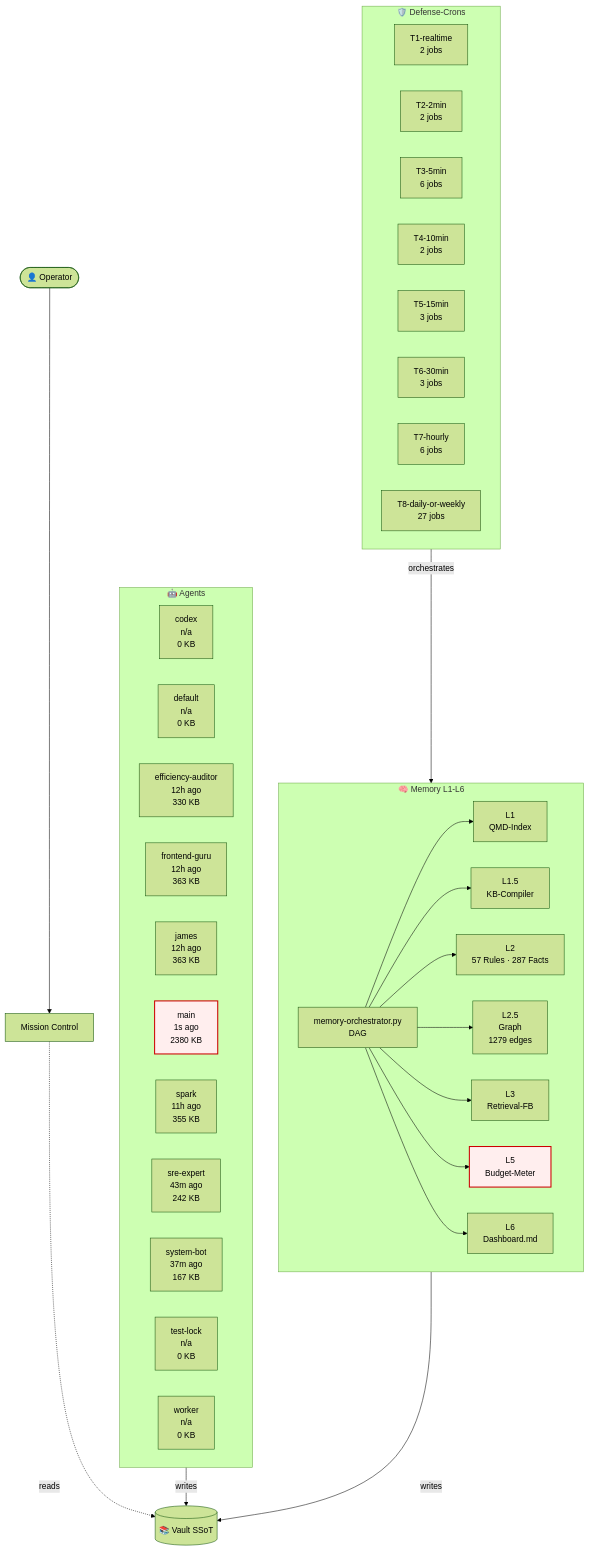
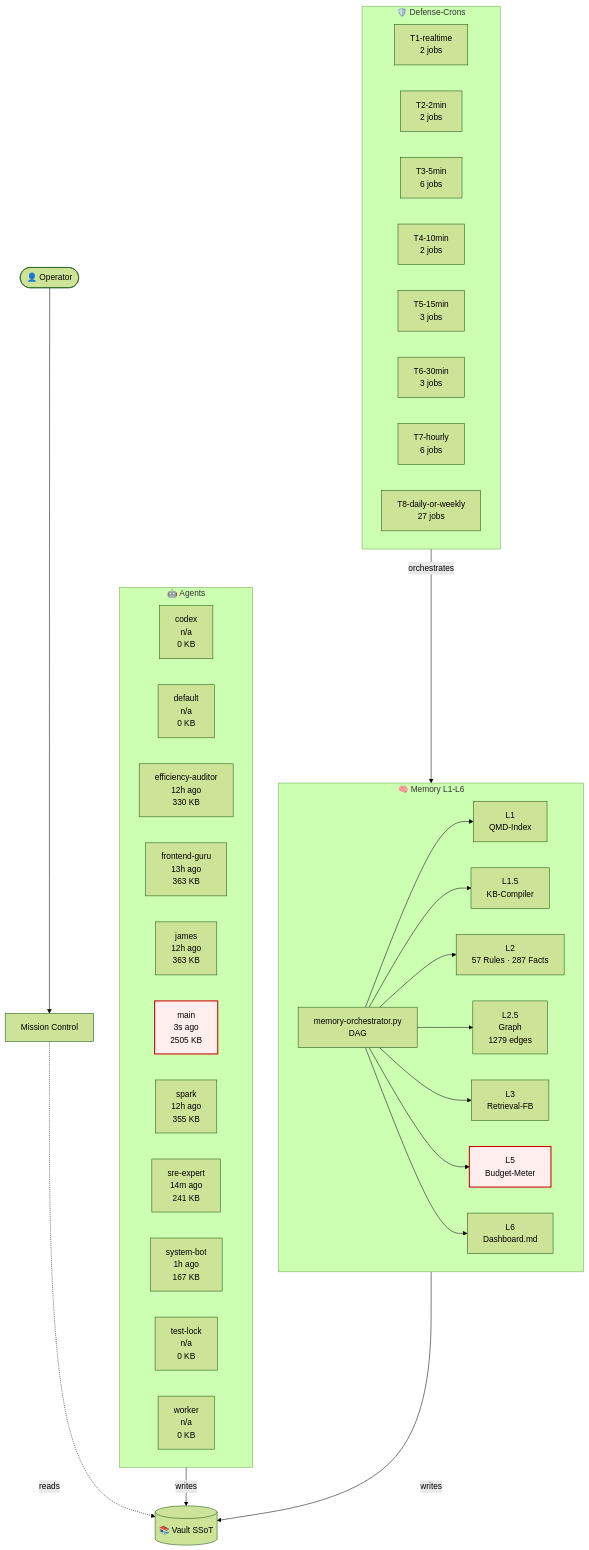
Before and after one commit to lenardhuebner88-rgb/openclaw-memory: the diagram in 03-Agents/architecture-live.md, drawn with Mermaid (forest theme). The commit also changed other lines of this file and 16 other files, not shown here.

````diff
--- a/03-Agents/architecture-live.md
+++ b/03-Agents/architecture-live.md
@@ -18,54 +18,54 @@
 ```mermaid
 flowchart TB
     classDef critical fill:#fee,stroke:#c00,stroke-width:2px;
     subgraph AGT["🤖 Agents"]
         agent_codex["codex<br/>n/a<br/>0 KB"]
         agent_default["default<br/>n/a<br/>0 KB"]
         agent_efficiency_auditor["efficiency-auditor<br/>12h ago<br/>330 KB"]
-        agent_frontend_guru["frontend-guru<br/>12h ago<br/>363 KB"]
+        agent_frontend_guru["frontend-guru<br/>13h ago<br/>363 KB"]
         agent_james["james<br/>12h ago<br/>363 KB"]
-        agent_main["main<br/>1s ago<br/>2380 KB"]
-        agent_spark["spark<br/>11h ago<br/>355 KB"]
-        agent_sre_expert["sre-expert<br/>43m ago<br/>242 KB"]
-        agent_system_bot["system-bot<br/>37m ago<br/>167 KB"]
+        agent_main["main<br/>3s ago<br/>2505 KB"]
+        agent_spark["spark<br/>12h ago<br/>355 KB"]
+        agent_sre_expert["sre-expert<br/>14m ago<br/>241 KB"]
+        agent_system_bot["system-bot<br/>1h ago<br/>167 KB"]
         agent_test_lock["test-lock<br/>n/a<br/>0 KB"]
         agent_worker["worker<br/>n/a<br/>0 KB"]
     end
     subgraph MEM["🧠 Memory L1-L6"]
         L1["L1<br/>QMD-Index"]
         L15["L1.5<br/>KB-Compiler"]
         L2["L2<br/>57 Rules · 287 Facts"]
         L25["L2.5<br/>Graph<br/>1279 edges"]
         L3["L3<br/>Retrieval-FB"]
         L5["L5<br/>Budget-Meter"]
         L6["L6<br/>Dashboard.md"]
         ORCH["memory-orchestrator.py<br/>DAG"]
     end
     subgraph CRN["🛡️ Defense-Crons"]
         tier_T1_realtime["T1-realtime<br/>2 jobs"]
         tier_T2_2min["T2-2min<br/>2 jobs"]
         tier_T3_5min["T3-5min<br/>6 jobs"]
         tier_T4_10min["T4-10min<br/>2 jobs"]
         tier_T5_15min["T5-15min<br/>3 jobs"]
         tier_T6_30min["T6-30min<br/>3 jobs"]
         tier_T7_hourly["T7-hourly<br/>6 jobs"]
         tier_T8_daily_or_weekly["T8-daily-or-weekly<br/>27 jobs"]
     end
     VAULT[("📚 Vault SSoT")]
     OP([👤 Operator])
     MC["Mission Control"]
     OP --> MC
     MC -.reads.-> VAULT
     AGT -->|writes| VAULT
     MEM -->|writes| VAULT
     ORCH --> L1
     ORCH --> L15
     ORCH --> L2
     ORCH --> L25
     ORCH --> L3
     ORCH --> L5
     ORCH --> L6
     CRN -->|orchestrates| MEM
     class L5 critical
     class agent_main critical
 ```
````
